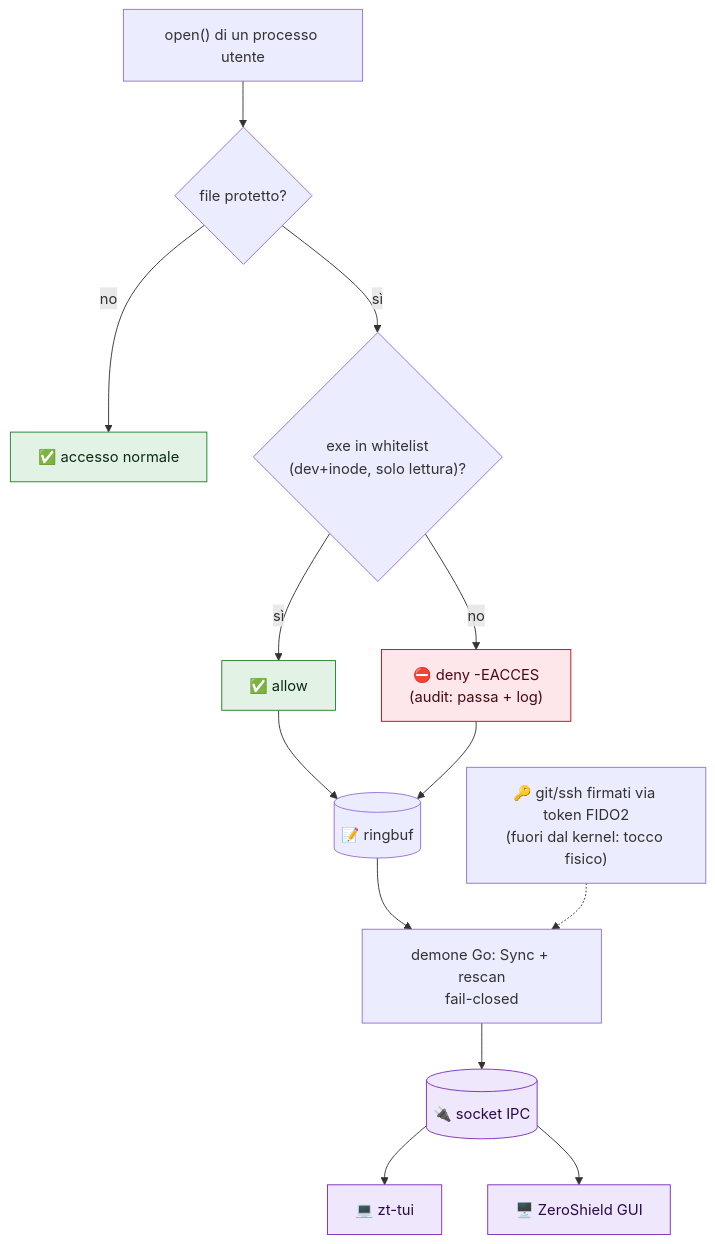
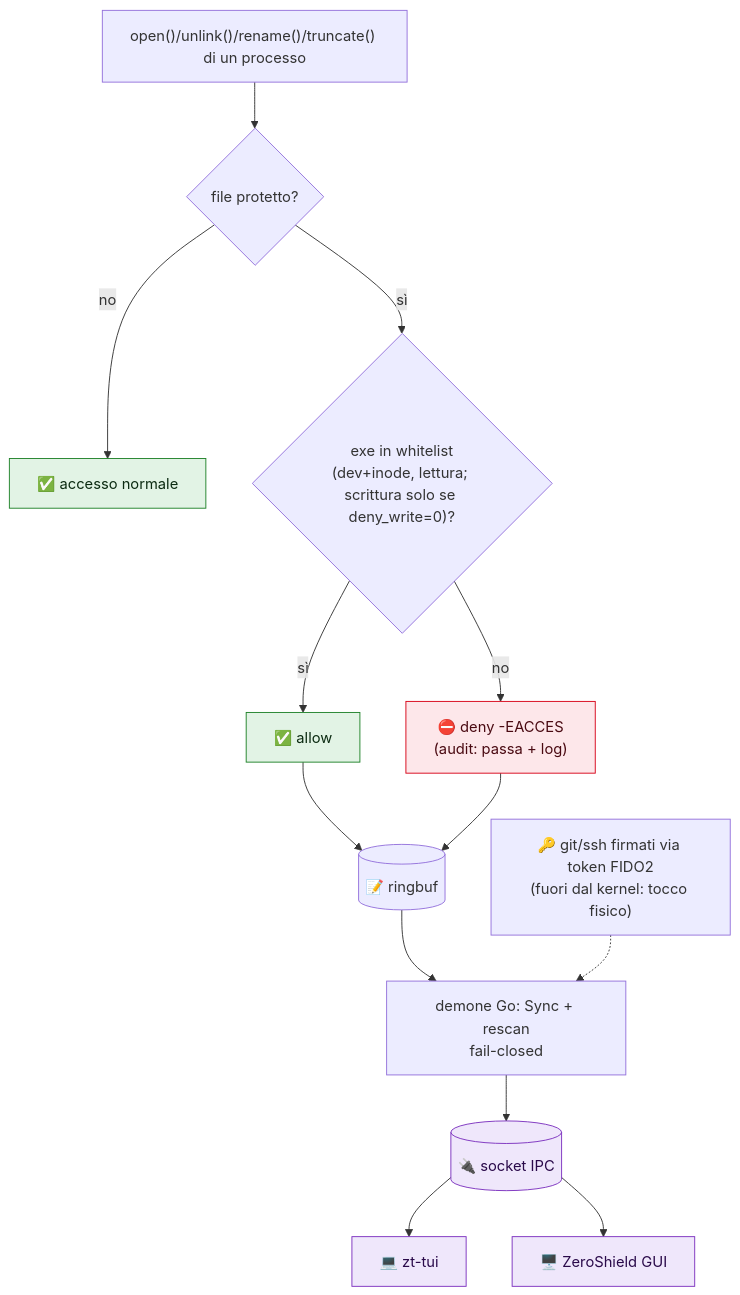
One commit to ZioZoni95/ZeroShield changed the second of 2 diagrams in README.md. Above: the diagram before and after it, drawn with Mermaid. The commit also changed other lines of this file and 1 other file, not shown here.

````diff
--- a/README.md
+++ b/README.md
@@ -101,21 +101,21 @@
 ```mermaid
 flowchart TD
-    OPEN["open() di un processo utente"] --> PROT{"file protetto?"}
+    OPEN["open()/unlink()/rename()/truncate() di un processo"] --> PROT{"file protetto?"}
     PROT -- "no" --> OK["✅ accesso normale"]
-    PROT -- "sì" --> WL{"exe in whitelist<br/>(dev+inode, solo lettura)?"}
+    PROT -- "sì" --> WL{"exe in whitelist<br/>(dev+inode, lettura; scrittura solo se deny_write=0)?"}
     WL -- "sì" --> ALLOW["✅ allow"]
     WL -- "no" --> DENY["⛔ deny -EACCES<br/>(audit: passa + log)"]
     ALLOW & DENY --> RING[("📝 ringbuf")]
     RING --> DAEMON["demone Go: Sync + rescan<br/>fail-closed"]
     DAEMON --> SOCK[("🔌 socket IPC")]
     SOCK --> TUI["💻 zt-tui"]
     SOCK --> GUI["🖥️ ZeroShield GUI"]
     FIDO2["🔑 git/ssh firmati via token FIDO2<br/>(fuori dal kernel: tocco fisico)"] -.-> DAEMON
 
     classDef deny fill:#fde7ea,stroke:#d70015,color:#4a0a12;
     classDef ok fill:#e2f3e5,stroke:#1d8127,color:#0c2b12;
     classDef ipc fill:#efe7fb,stroke:#7b2fbe,color:#2a0a4a;
     class DENY deny;
     class OK,ALLOW ok;
     class SOCK,TUI,GUI ipc;
 ```
````
